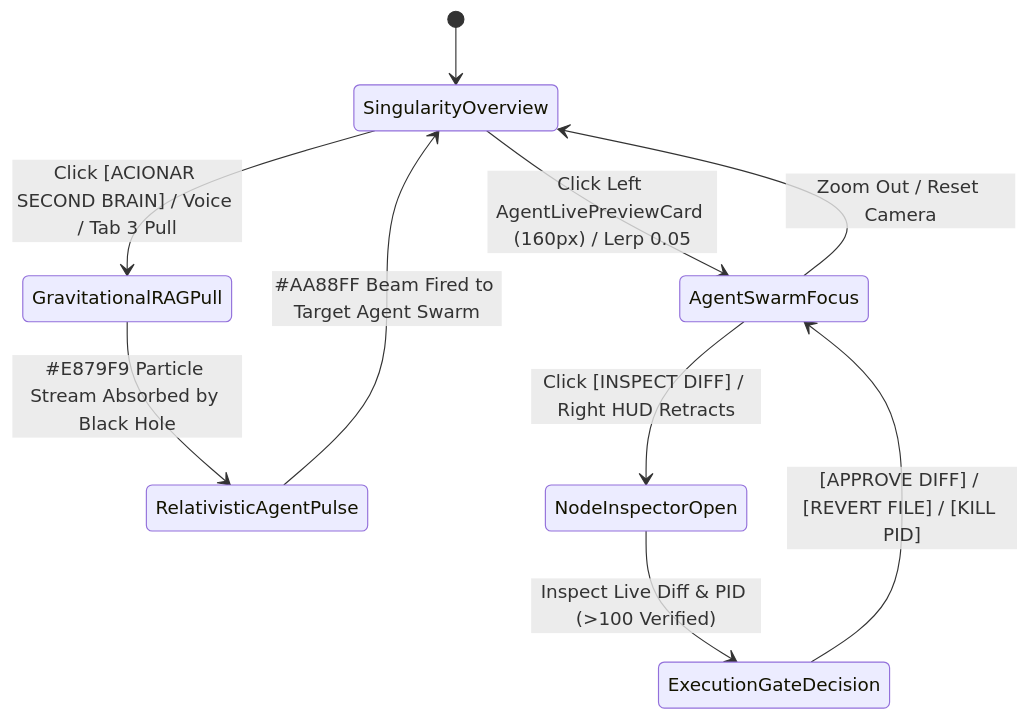
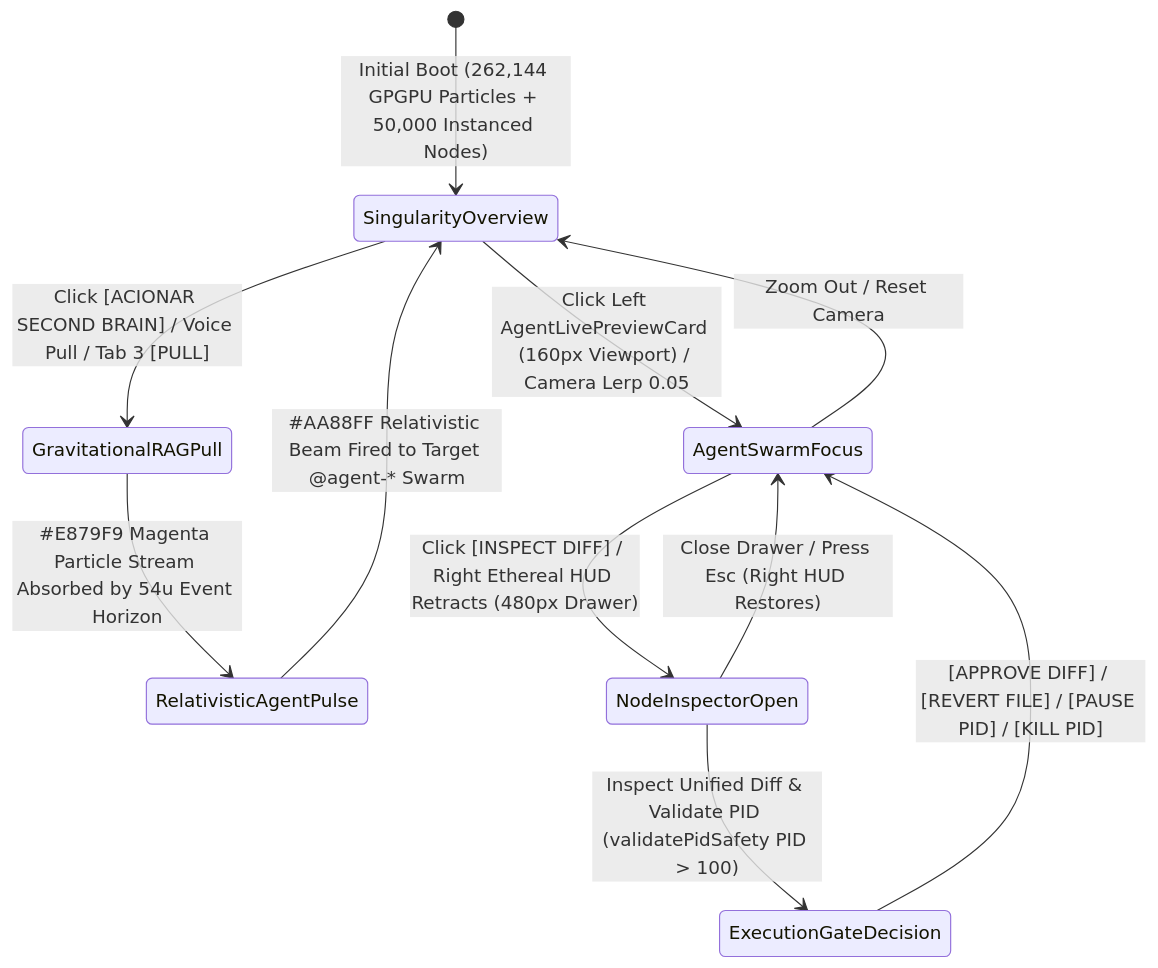
One commit to code-thiago/kalinar-agent-galaxy-os changed the first of 5 diagrams in .antigravity/blueprint/03_APP_FLOW.md. Above: the diagram before and after it, drawn with Mermaid. The commit also changed other lines of this file and 28 other files, not shown here.

Commit message:
feat(singularity): implement 7 voice laws, fifo agent queue, and argon/claude/gemini model router [v1.1.0]

````diff
--- a/.antigravity/blueprint/03_APP_FLOW.md
+++ b/.antigravity/blueprint/03_APP_FLOW.md
@@ -45,12 +49,17 @@
 ```mermaid
 stateDiagram-v2
-    [*] --> SingularityOverview
-    SingularityOverview --> GravitationalRAGPull: Click [ACIONAR SECOND BRAIN] / Voice / Tab 3 Pull
-    GravitationalRAGPull --> RelativisticAgentPulse: #E879F9 Particle Stream Absorbed by Black Hole
-    RelativisticAgentPulse --> SingularityOverview: #AA88FF Beam Fired to Target Agent Swarm
-    SingularityOverview --> AgentSwarmFocus: Click Left AgentLivePreviewCard (160px) / Lerp 0.05
-    AgentSwarmFocus --> NodeInspectorOpen: Click [INSPECT DIFF] / Right HUD Retracts
-    NodeInspectorOpen --> ExecutionGateDecision: Inspect Live Diff & PID (>100 Verified)
-    ExecutionGateDecision --> AgentSwarmFocus: [APPROVE DIFF] / [REVERT FILE] / [KILL PID]
+    [*] --> SingularityOverview: Initial Boot (262,144 GPGPU Particles + 50,000 Instanced Nodes)
+    
+    SingularityOverview --> GravitationalRAGPull: Click [ACIONAR SECOND BRAIN] / Voice Pull / Tab 3 [PULL]
+    GravitationalRAGPull --> RelativisticAgentPulse: #E879F9 Magenta Particle Stream Absorbed by 54u Event Horizon
+    RelativisticAgentPulse --> SingularityOverview: #AA88FF Relativistic Beam Fired to Target @agent-* Swarm
+    
+    SingularityOverview --> AgentSwarmFocus: Click Left AgentLivePreviewCard (160px Viewport) / Camera Lerp 0.05
     AgentSwarmFocus --> SingularityOverview: Zoom Out / Reset Camera
+    
+    AgentSwarmFocus --> NodeInspectorOpen: Click [INSPECT DIFF] / Right Ethereal HUD Retracts (480px Drawer)
+    NodeInspectorOpen --> AgentSwarmFocus: Close Drawer / Press Esc (Right HUD Restores)
+    
+    NodeInspectorOpen --> ExecutionGateDecision: Inspect Unified Diff & Validate PID (validatePidSafety PID > 100)
+    ExecutionGateDecision --> AgentSwarmFocus: [APPROVE DIFF] / [REVERT FILE] / [PAUSE PID] / [KILL PID]
 ```
````
